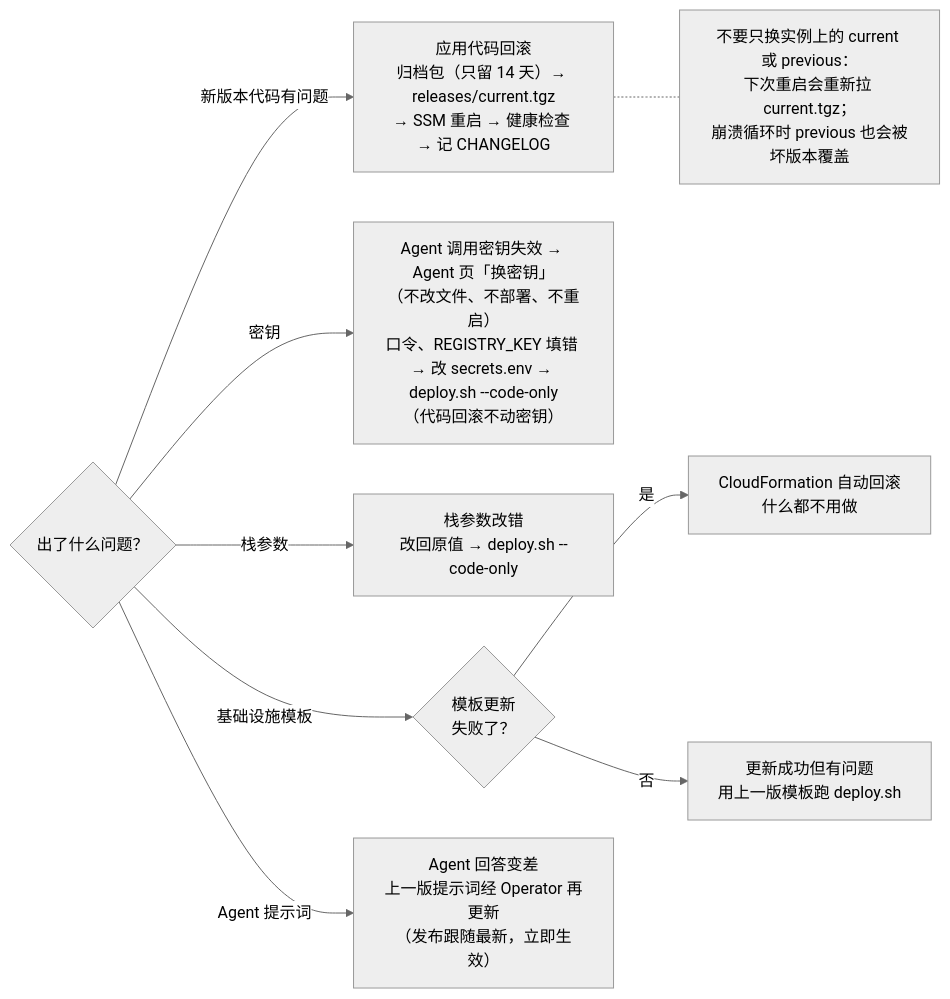
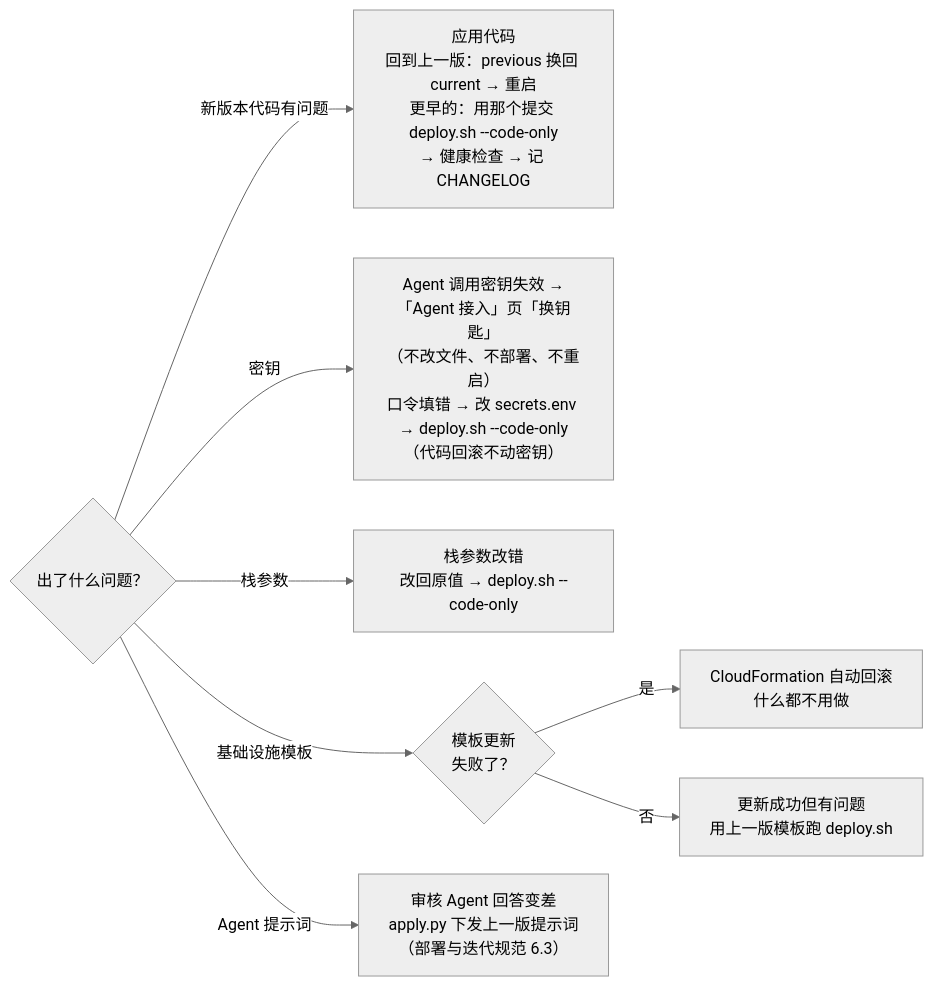
Before and after one commit to LiboMa/nexus-jiuan-agent-framework-poc: the diagram in docs/assets/diagrams/rollback-decision.mmd, drawn with Mermaid (neutral theme). The commit also changed 92 other files, not shown here.

```diff
--- a/docs/assets/diagrams/rollback-decision.mmd
+++ b/docs/assets/diagrams/rollback-decision.mmd
@@ -1,22 +1,19 @@
 flowchart LR
   q{"出了什么问题？"}
-  code["应用代码回滚<br/>归档包（只留 14 天）→ releases/current.tgz<br/>→ SSM 重启 → 健康检查 → 记 CHANGELOG"]
-  key["Agent 调用密钥失效 → Agent 页「换密钥」<br/>（不改文件、不部署、不重启）<br/>口令、REGISTRY_KEY 填错 → 改 secrets.env → deploy.sh --code-only<br/>（代码回滚不动密钥）"]
+  code["应用代码<br/>回到上一版：previous 换回 current → 重启<br/>更早的：用那个提交 deploy.sh --code-only<br/>→ 健康检查 → 记 CHANGELOG"]
+  key["Agent 调用密钥失效 →「Agent 接入」页「换钥匙」<br/>（不改文件、不部署、不重启）<br/>口令填错 → 改 secrets.env → deploy.sh --code-only<br/>（代码回滚不动密钥）"]
   param["栈参数改错<br/>改回原值 → deploy.sh --code-only"]
   tpl{"模板更新<br/>失败了？"}
   auto["CloudFormation 自动回滚<br/>什么都不用做"]
   tpl2["更新成功但有问题<br/>用上一版模板跑 deploy.sh"]
-  prompt["Agent 回答变差<br/>上一版提示词经 Operator 再更新<br/>（发布跟随最新，立即生效）"]
-  warnnode["不要只换实例上的 current 或 previous：<br/>下次重启会重新拉 current.tgz；<br/>崩溃循环时 previous 也会被坏版本覆盖"]
+  prompt["审核 Agent 回答变差<br/>apply.py 下发上一版提示词<br/>（部署与迭代规范 6.3）"]
   q -- 新版本代码有问题 --> code
   q -- 密钥 --> key
   q -- 栈参数 --> param
   q -- 基础设施模板 --> tpl
   q -- Agent 提示词 --> prompt
   tpl -- 是 --> auto
   tpl -- 否 --> tpl2
-  code -.- warnnode
   class q,tpl gate
   class code,key,param,tpl2,prompt poc
   class auto good
-  class warnnode warn
```
